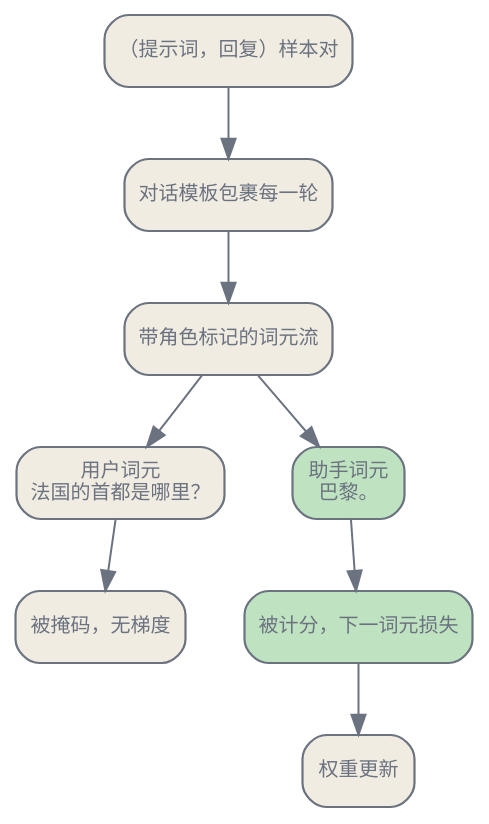
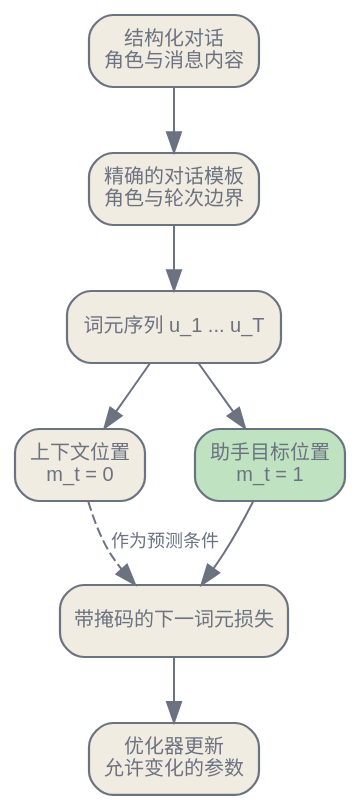
The first of 2 diagrams in zh/adaptation/01-sft-peft.qmd (latere-ai/ai-as-an-infrastructure), drawn with Graphviz before and after one commit. The commit also changed other lines of this file and 4 other files, not shown here.

````diff
--- a/zh/adaptation/01-sft-peft.qmd
+++ b/zh/adaptation/01-sft-peft.qmd
@@ -27,28 +32,25 @@
 ```{dot}
 //| label: fig-sft-peft-masking
-//| fig-cap: "一条 SFT 样本从对话模板经词元流走向被掩码的损失。角色标记切分词元流，只有回复词元贡献梯度。"
+//| fig-cap: "SFT 记录在应用损失掩码之前，先被转换为一条词元序列。模板与分词器确定角色边界，目标掩码则决定哪些下一词元预测会更新模型。"
 digraph {
   bgcolor="transparent";
   rankdir=TB;
-  nodesep=0.4; ranksep=0.5;
+  nodesep=0.35; ranksep=0.45;
   node [shape=box, style="rounded,filled", fontname="Helvetica", fontsize=10, color="#6b7280", fontcolor="#6b7280", fillcolor="#f1ece1", penwidth=1.1];
-  edge [fontsize=10, fontname="Helvetica", color="#6b7280", fontcolor="#6b7280"];
+  edge [fontsize=9, fontname="Helvetica", color="#6b7280", fontcolor="#6b7280"];
 
-  ex [label="（提示词，回复）样本对"];
-  tmpl [label="对话模板包裹每一轮"];
-  stream [label="带角色标记的词元流"];
-  pm [label="用户词元\n法国的首都是哪里？"];
-  rm [label="助手词元\n巴黎。", fillcolor="#bfe3c0"];
-  mask [label="被掩码，无梯度"];
-  score [label="被计分，下一词元损失", fillcolor="#bfe3c0"];
-  upd [label="权重更新"];
+  record [label="结构化对话\n角色与消息内容"];
+  template [label="精确的对话模板\n角色与轮次边界"];
+  tokens [label="词元序列 u_1 ... u_T"];
+  context [label="上下文位置\nm_t = 0"];
+  targets [label="助手目标位置\nm_t = 1", fillcolor="#bfe3c0"];
+  loss [label="带掩码的下一词元损失"];
+  update [label="优化器更新\n允许变化的参数"];
 
-  ex -> tmpl;
-  tmpl -> stream;
-  stream -> pm;
-  stream -> rm;
-  pm -> mask;
-  rm -> score;
-  score -> upd;
+  record -> template -> tokens;
+  tokens -> context;
+  tokens -> targets;
+  targets -> loss -> update;
+  context -> loss [label="作为预测条件", style=dashed];
 }
 ```
````
